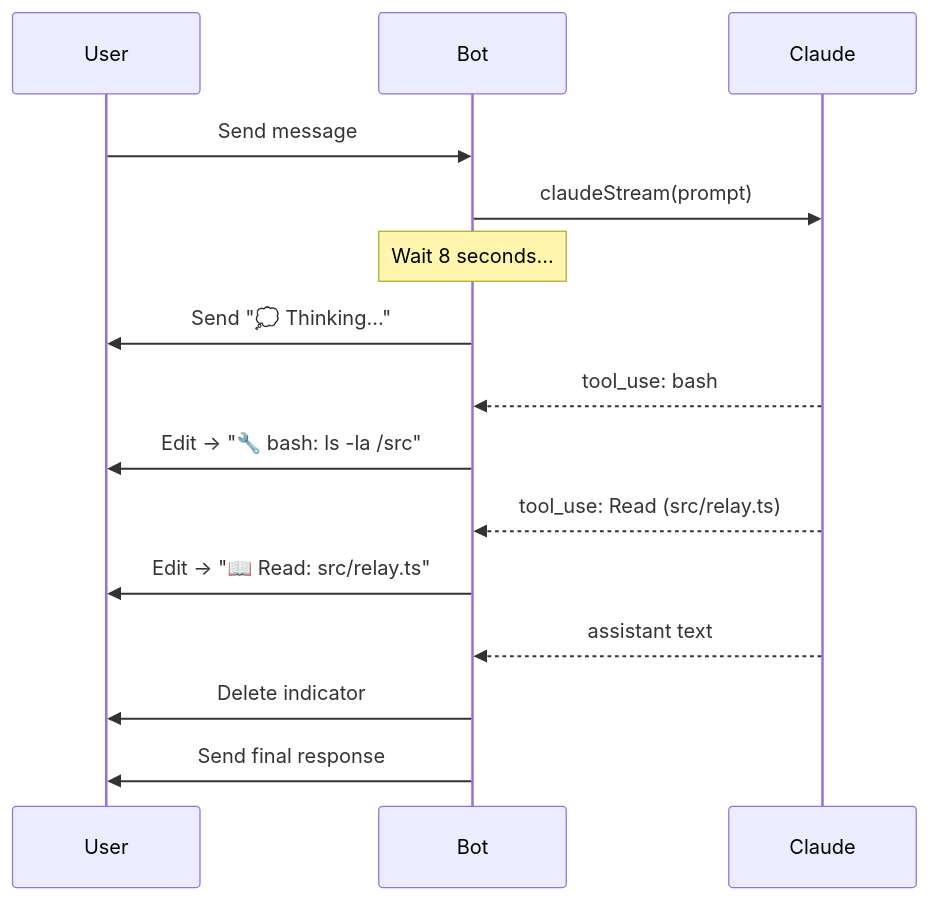
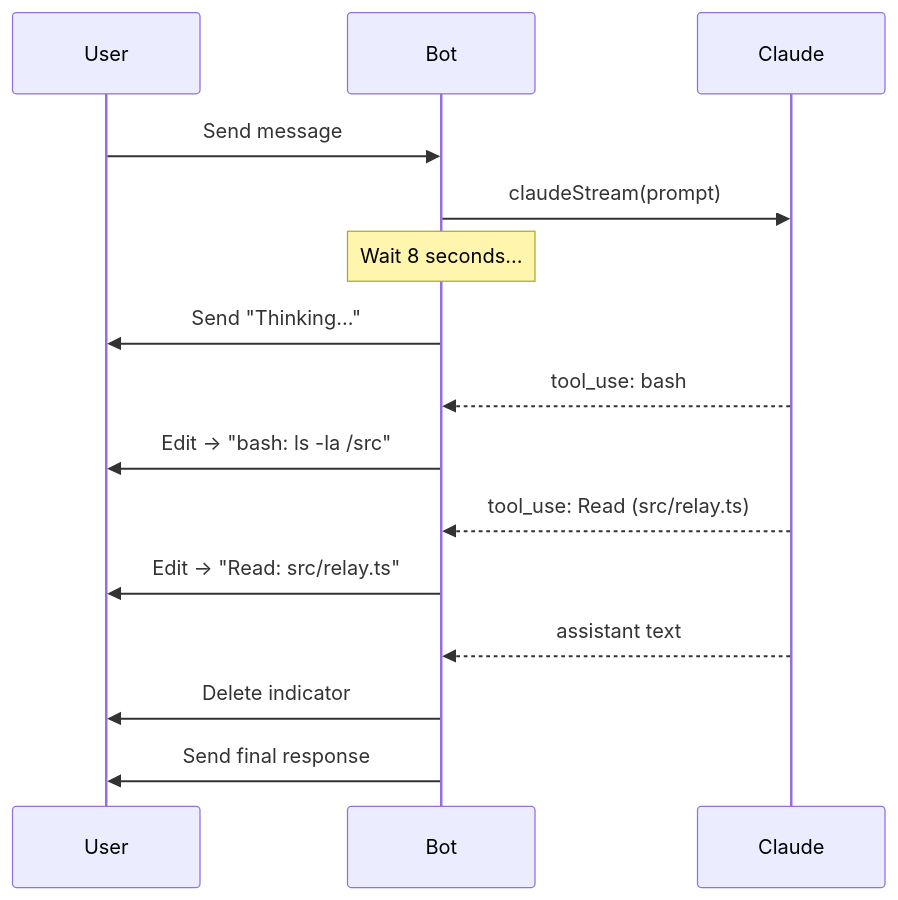
The second of 5 diagrams in docs/observability.md (furi-wigt/claude-telegram-relay), drawn with Mermaid before and after one commit. The commit also changed other lines of this file and 27 other files, not shown here.

````diff
--- a/docs/observability.md
+++ b/docs/observability.md
@@ -144,18 +135,18 @@
 ```mermaid
 sequenceDiagram
     participant U as User
     participant B as Bot
     participant C as Claude
 
     U->>B: Send message
     B->>C: claudeStream(prompt)
     Note over B: Wait 8 seconds...
-    B->>U: Send "💭 Thinking..."
+    B->>U: Send "Thinking..."
     C-->>B: tool_use: bash
-    B->>U: Edit → "🔧 bash: ls -la /src"
+    B->>U: Edit -> "bash: ls -la /src"
     C-->>B: tool_use: Read (src/relay.ts)
-    B->>U: Edit → "📖 Read: src/relay.ts"
+    B->>U: Edit -> "Read: src/relay.ts"
     C-->>B: assistant text
     B->>U: Delete indicator
     B->>U: Send final response
 ```
````
